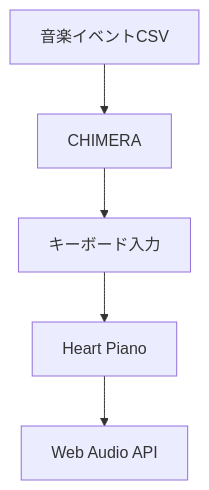
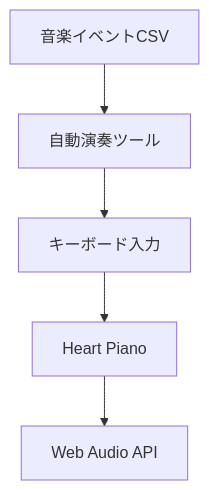
Before and after one commit to neeeeeeo3/heart-piano: the diagram in README.md, drawn with Mermaid. The commit also changed other lines of this file, not shown here.

````diff
--- a/README.md
+++ b/README.md
@@ -39,7 +39,7 @@
 ```mermaid
 flowchart TD
-    A[音楽イベントCSV] --> B[CHIMERA]
+    A[音楽イベントCSV] --> B[自動演奏ツール]
     B --> C[キーボード入力]
     C --> D[Heart Piano]
     D --> E[Web Audio API]
 ```
````
